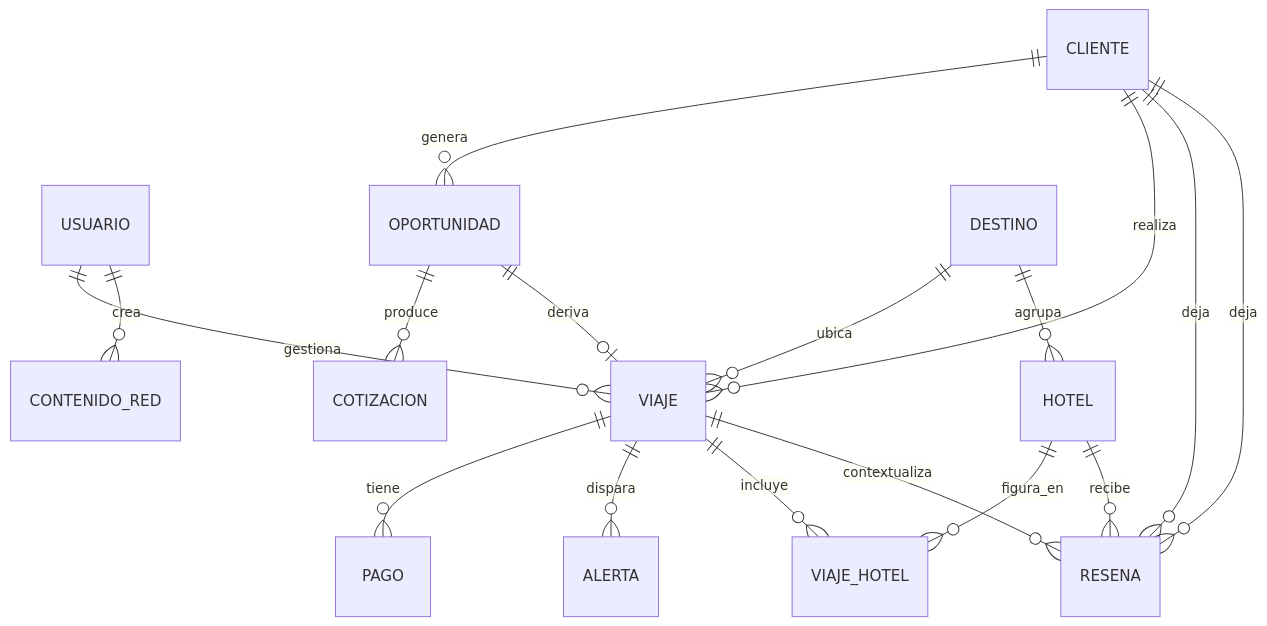
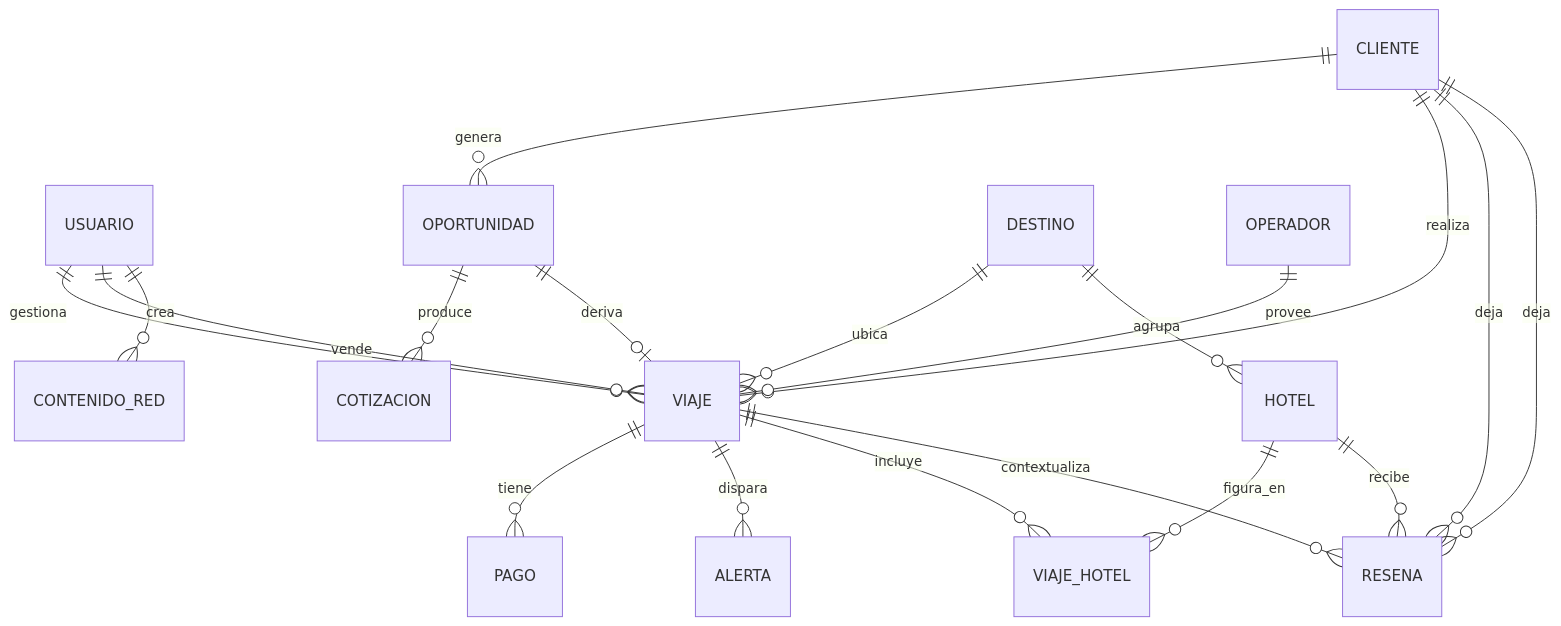
Before and after one commit to FranLuciano04/Vault-Rumbo: the diagram in 03-Dominio/Diagramas/DGM-ER.md, drawn with Mermaid. The commit also changed other lines of this file and 24 other files, not shown here.

````diff
--- a/03-Dominio/Diagramas/DGM-ER.md
+++ b/03-Dominio/Diagramas/DGM-ER.md
@@ -15,19 +15,21 @@
 ```mermaid
 erDiagram
     USUARIO ||--o{ VIAJE : gestiona
+    USUARIO ||--o{ VIAJE : vende
     USUARIO ||--o{ CONTENIDO_RED : crea
     CLIENTE ||--o{ OPORTUNIDAD : genera
     CLIENTE ||--o{ VIAJE : realiza
     CLIENTE ||--o{ RESENA : deja
     OPORTUNIDAD ||--o{ COTIZACION : produce
     OPORTUNIDAD ||--o| VIAJE : deriva
     DESTINO ||--o{ VIAJE : ubica
     DESTINO ||--o{ HOTEL : agrupa
+    OPERADOR ||--o{ VIAJE : provee
     VIAJE ||--o{ PAGO : tiene
     VIAJE ||--o{ ALERTA : dispara
     VIAJE ||--o{ VIAJE_HOTEL : incluye
     HOTEL ||--o{ VIAJE_HOTEL : figura_en
     HOTEL ||--o{ RESENA : recibe
     CLIENTE ||--o{ RESENA : deja
     VIAJE ||--o{ RESENA : contextualiza
 ```
````
